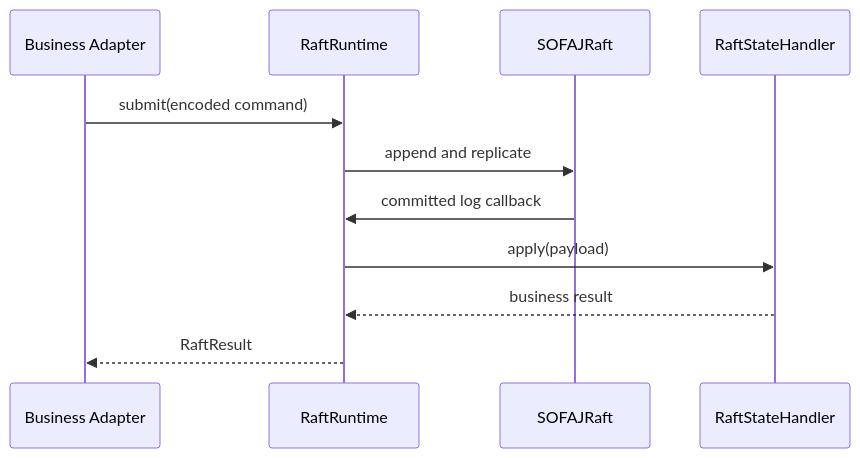
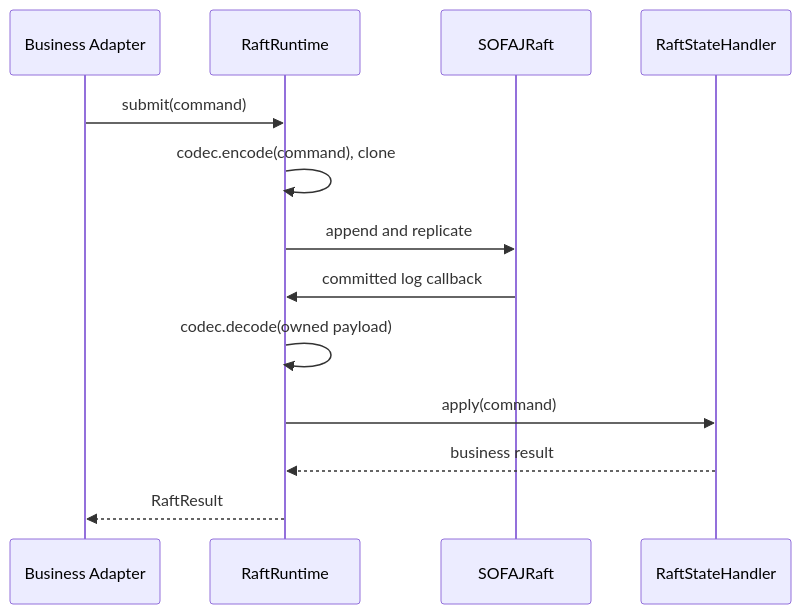
The first of 2 diagrams in im-plugin/im-raft/README.md (kc-co9/im-chat), drawn with Mermaid before and after one commit. The commit also changed other lines of this file and 548 other files, not shown here.

````diff
--- a/im-plugin/im-raft/README.md
+++ b/im-plugin/im-raft/README.md
@@ -22,13 +43,15 @@
 ```mermaid
 sequenceDiagram
     participant App as Business Adapter
     participant Runtime as RaftRuntime
     participant Raft as SOFAJRaft
     participant Handler as RaftStateHandler
-    App->>Runtime: submit(encoded command)
+    App->>Runtime: submit(command)
+    Runtime->>Runtime: codec.encode(command), clone
     Runtime->>Raft: append and replicate
     Raft->>Runtime: committed log callback
-    Runtime->>Handler: apply(payload)
+    Runtime->>Runtime: codec.decode(owned payload)
+    Runtime->>Handler: apply(command)
     Handler-->>Runtime: business result
     Runtime-->>App: RaftResult
 ```
````
